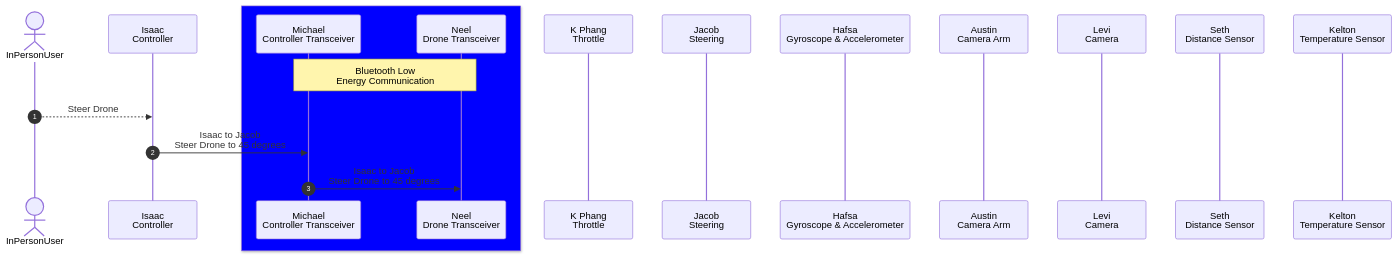
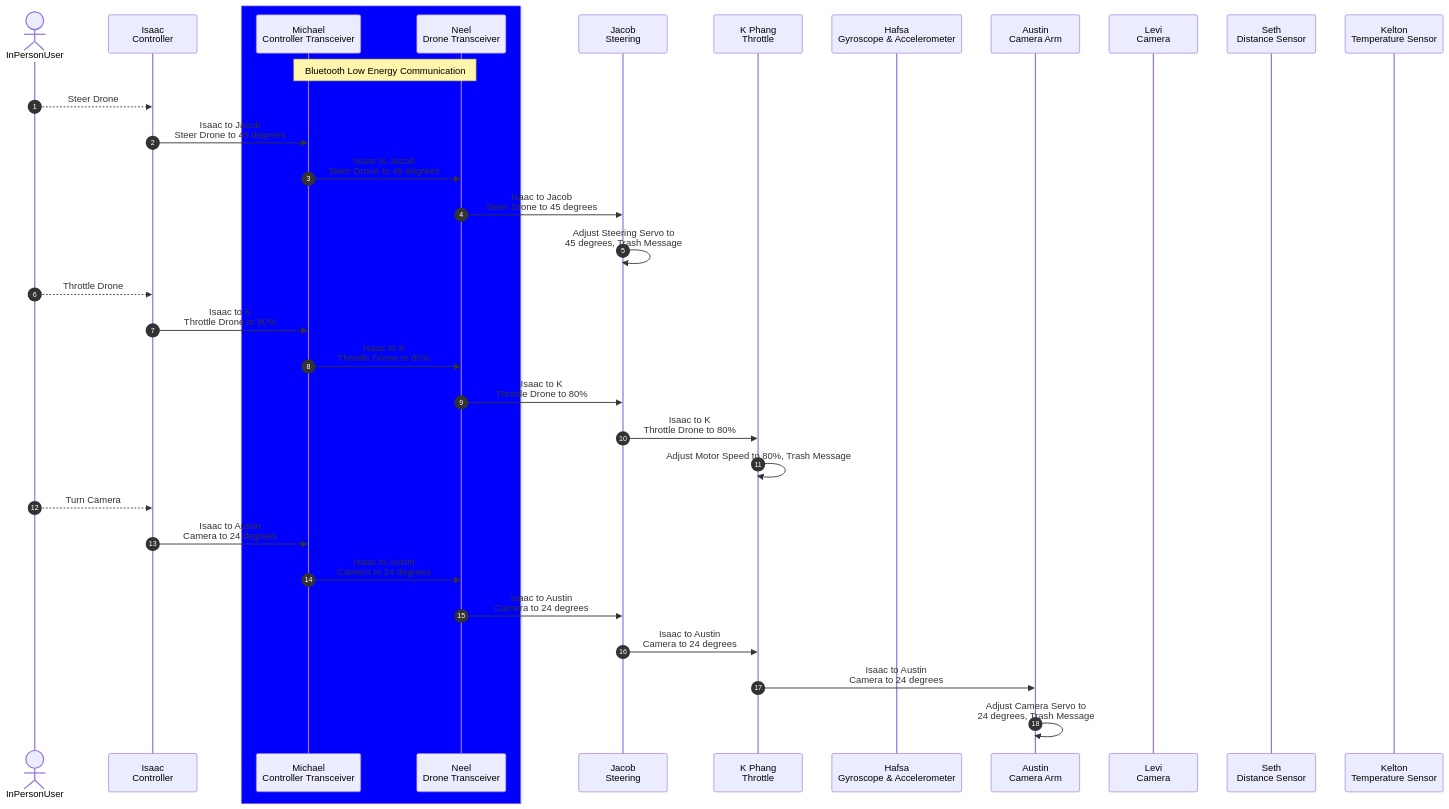
One commit to HFSKSN/hfsksn.github.io changed the fourth of 4 diagrams in docs/Appendix/04-Examples-to-Remove/charts.md. Above: the diagram before and after it, drawn with Mermaid.

````diff
--- a/docs/Appendix/04-Examples-to-Remove/charts.md
+++ b/docs/Appendix/04-Examples-to-Remove/charts.md
@@ -43,23 +43,38 @@
 ``` mermaid
 sequenceDiagram
   autonumber
   actor U as InPersonUser
   participant I as Isaac<br/>Controller
   box Blue
   participant M as Michael<br/>Controller Transceiver
   participant N as Neel<br/>Drone Transceiver
   end
+  participant J as Jacob<br/>Steering
   participant P as K Phang<br/>Throttle
-  participant J as Jacob<br/>Steering
   participant H as Hafsa<br/>Gyroscope & Accelerometer
   participant A as Austin<br/>Camera Arm
   participant L as Levi<br/>Camera
   participant S as Seth<br/>Distance Sensor
   participant K as Kelton<br/>Temperature Sensor
 
-  Note over M,N: Bluetooth Low<br/>Energy Communication
+  Note over M,N: Bluetooth Low Energy Communication
 
   U-->>I: Steer Drone
   I->>M: Isaac to Jacob<br/>Steer Drone to 45 degrees
   M->>N: Isaac to Jacob<br/>Steer Drone to 45 degrees
+  N->>J: Isaac to Jacob<br/>Steer Drone to 45 degrees
+  J->>J: Adjust Steering Servo to<br>45 degrees, Trash Message
+  U-->>I: Throttle Drone
+  I->>M: Isaac to K<br/>Throttle Drone to 80%
+  M->>N: Isaac to K<br/>Throttle Drone to 80%
+  N->>J: Isaac to K<br/>Throttle Drone to 80%
+  J->>P: Isaac to K<br/>Throttle Drone to 80%
+  P->>P: Adjust Motor Speed to 80%, Trash Message
+  U-->>I: Turn Camera
+  I->>M: Isaac to Austin<br/>Camera to 24 degrees
+  M->>N: Isaac to Austin<br/>Camera to 24 degrees
+  N->>J: Isaac to Austin<br/>Camera to 24 degrees
+  J->>P: Isaac to Austin<br/>Camera to 24 degrees
+  P->>A: Isaac to Austin<br/>Camera to 24 degrees
+  A->>A: Adjust Camera Servo to<br>24 degrees, Trash Message
 ```
````
